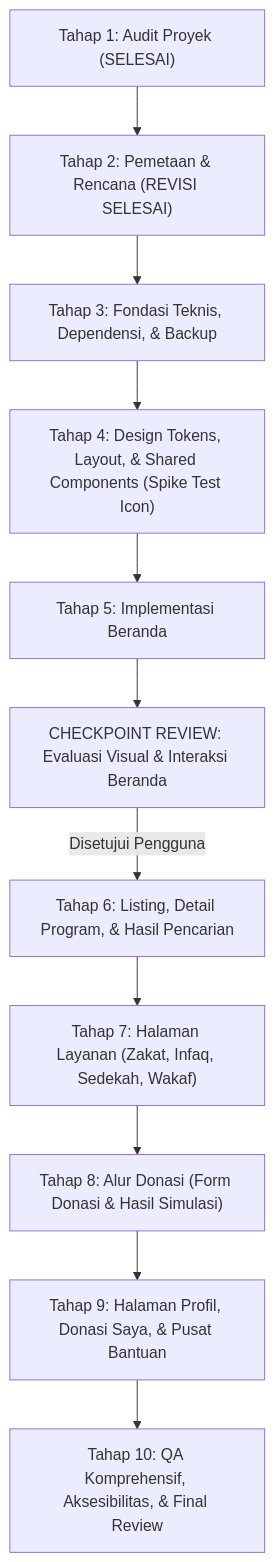
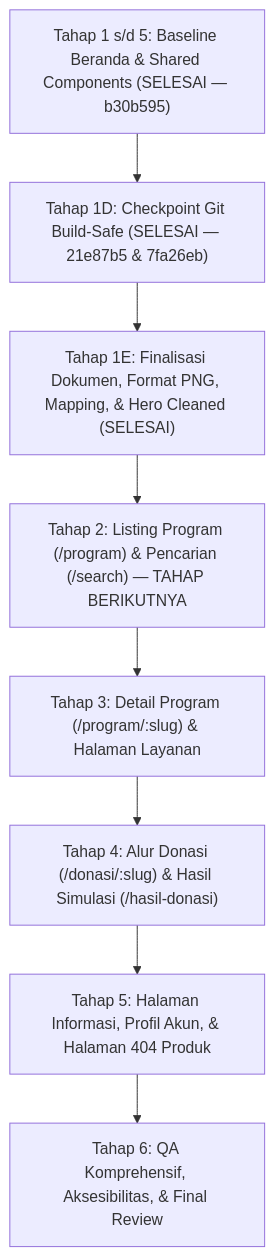
The second of 2 diagrams in OPENDONASI_IMPLEMENTATION_PLAN.md (inzhagii/opendonasi), drawn with Mermaid before and after one commit. The commit also changed other lines of this file and 21 other files, not shown here.

Commit message:
feat(tahap-1e): finalisasi dokumentasi acuan, konversi aset png, koreksi mapping terverifikasi, dan perbaikan hero banner

````diff
--- a/OPENDONASI_IMPLEMENTATION_PLAN.md
+++ b/OPENDONASI_IMPLEMENTATION_PLAN.md
@@ -462,13 +458,10 @@
 ```mermaid
 graph TD
-    T1["Tahap 1: Audit Proyek (SELESAI)"] --> T2["Tahap 2: Pemetaan & Rencana (REVISI SELESAI)"]
-    T2 --> T3["Tahap 3: Fondasi Teknis, Dependensi, & Backup"]
-    T3 --> T4["Tahap 4: Design Tokens, Layout, & Shared Components (Spike Test Icon)"]
-    T4 --> T5["Tahap 5: Implementasi Beranda"]
-    T5 --> CP["CHECKPOINT REVIEW: Evaluasi Visual & Interaksi Beranda"]
-    CP -->|Disetujui Pengguna| T6["Tahap 6: Listing, Detail Program, & Hasil Pencarian"]
-    T6 --> T7["Tahap 7: Halaman Layanan (Zakat, Infaq, Sedekah, Wakaf)"]
-    T7 --> T8["Tahap 8: Alur Donasi (Form Donasi & Hasil Simulasi)"]
-    T8 --> T9["Tahap 9: Halaman Profil, Donasi Saya, & Pusat Bantuan"]
-    T9 --> T10["Tahap 10: QA Komprehensif, Aksesibilitas, & Final Review"]
+    T1["Tahap 1 s/d 5: Baseline Beranda & Shared Components (SELESAI — b30b595)"] --> T1D["Tahap 1D: Checkpoint Git Build-Safe (SELESAI — 21e87b5 & 7fa26eb)"]
+    T1D --> T1E["Tahap 1E: Finalisasi Dokumen, Format PNG, Mapping, & Hero Cleaned (SELESAI)"]
+    T1E --> T2["Tahap 2: Listing Program (/program) & Pencarian (/search) — TAHAP BERIKUTNYA"]
+    T2 --> T3["Tahap 3: Detail Program (/program/:slug) & Halaman Layanan"]
+    T3 --> T4["Tahap 4: Alur Donasi (/donasi/:slug) & Hasil Simulasi (/hasil-donasi)"]
+    T4 --> T5["Tahap 5: Halaman Informasi, Profil Akun, & Halaman 404 Produk"]
+    T5 --> T6["Tahap 6: QA Komprehensif, Aksesibilitas, & Final Review"]
 ```
````
